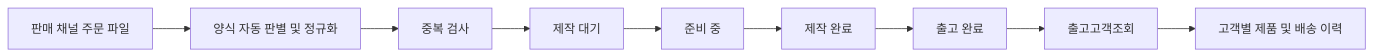
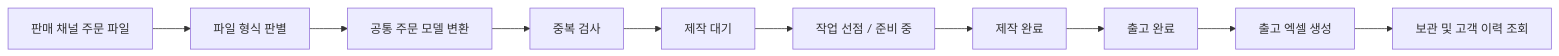
One commit to jiyoon99/order-workflow-windows changed the first of 2 diagrams in README.md. Above: the diagram before and after it, drawn with Mermaid. The commit also changed other lines of this file and 5 other files, not shown here.

````diff
--- a/README.md
+++ b/README.md
@@ -48,11 +105,12 @@
 ```mermaid
 flowchart LR
-    A[판매 채널 주문 파일] --> B[양식 자동 판별 및 정규화]
-    B --> C[중복 검사]
-    C --> D[제작 대기]
-    D --> E[준비 중]
-    E --> F[제작 완료]
-    F --> G[출고 완료]
-    G --> H[출고고객조회]
-    H --> I[고객별 제품 및 배송 이력]
+    A[판매 채널 주문 파일] --> B[파일 형식 판별]
+    B --> C[공통 주문 모델 변환]
+    C --> D[중복 검사]
+    D --> E[제작 대기]
+    E --> F[작업 선점 / 준비 중]
+    F --> G[제작 완료]
+    G --> H[출고 완료]
+    H --> I[출고 엑셀 생성]
+    I --> J[보관 및 고객 이력 조회]
 ```
````
